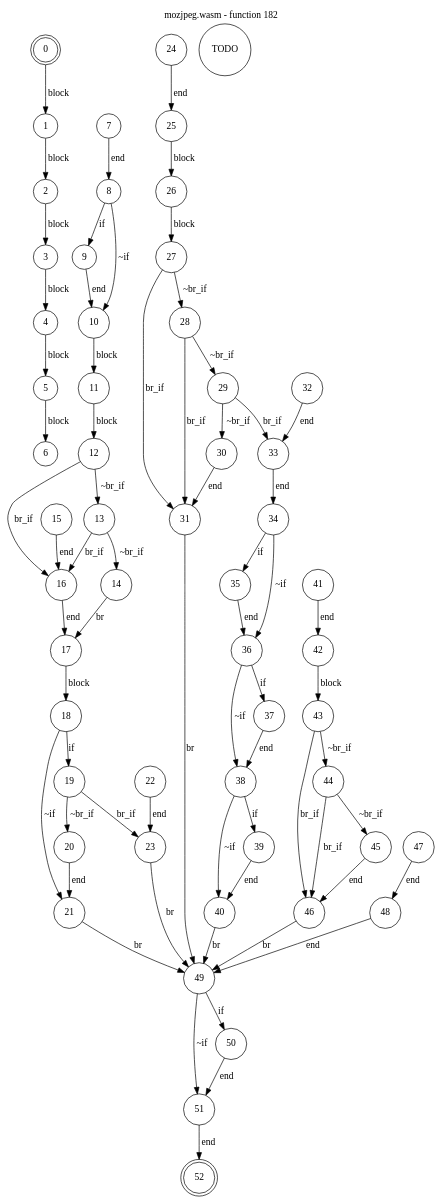
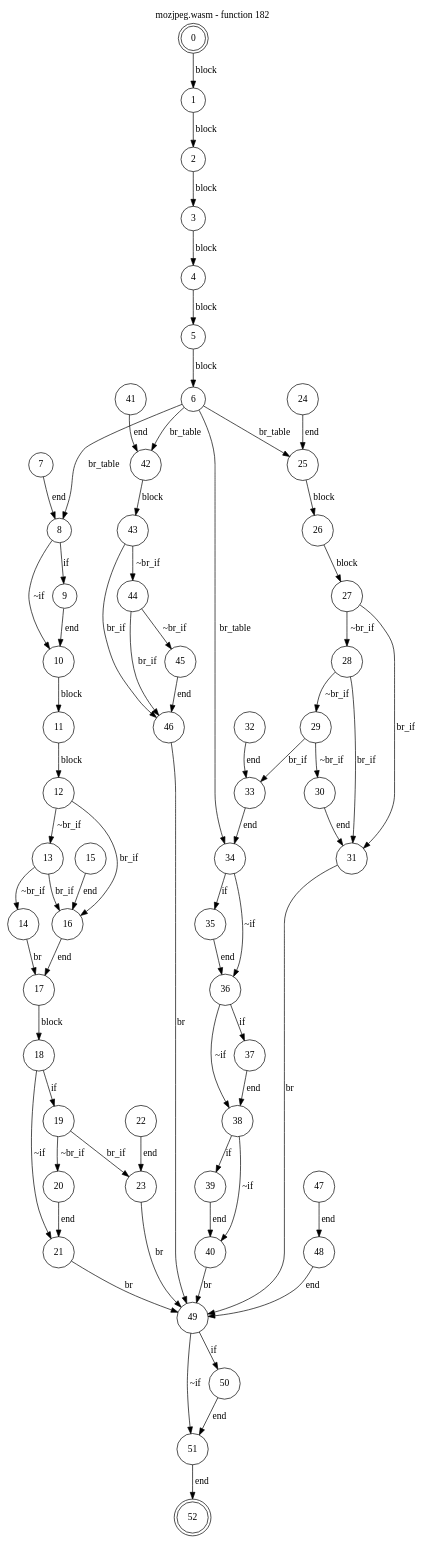
One commit to jsCarleton/wanalyze changed the diagram in test_cases/mozjpeg/funcs/mozjpeg-func182.dot. Above: the diagram before and after it, drawn with Graphviz. The commit also changed 723 other files, not shown here.

Commit message:
br_table now implemented for flow graph

```diff
--- a/test_cases/mozjpeg/funcs/mozjpeg-func182.dot
+++ b/test_cases/mozjpeg/funcs/mozjpeg-func182.dot
@@ -1,75 +1,78 @@
 digraph finite_state_machine {
     label = "mozjpeg.wasm - function 182"
     labelloc =  t
     labelfontsize = 16
     labelfontcolor = black
     labelfontname = "Helvetica"
     node [shape = doublecircle]; 0 52;
     node [shape = circle];
     0 -> 1[label = "block"];
     1 -> 2[label = "block"];
     2 -> 3[label = "block"];
     3 -> 4[label = "block"];
     4 -> 5[label = "block"];
     5 -> 6[label = "block"];
-TODO
+    6 -> 42[label = "br_table"];
+    6 -> 34[label = "br_table"];
+    6 -> 25[label = "br_table"];
+    6 -> 8[label = "br_table"];
     7 -> 8[label = "end"];
     8 -> 9[label = "if"];
     8 -> 10[label = "~if"];
     9 -> 10[label = "end"];
     10 -> 11[label = "block"];
     11 -> 12[label = "block"];
     12 -> 13[label = "~br_if"];
     12 -> 16[label = "br_if"];
     13 -> 14[label = "~br_if"];
     13 -> 16[label = "br_if"];
     14 -> 17[label = "br"];
     15 -> 16[label = "end"];
     16 -> 17[label = "end"];
     17 -> 18[label = "block"];
     18 -> 19[label = "if"];
     18 -> 21[label = "~if"];
     19 -> 20[label = "~br_if"];
     19 -> 23[label = "br_if"];
     20 -> 21[label = "end"];
     21 -> 49[label = "br"];
     22 -> 23[label = "end"];
     23 -> 49[label = "br"];
     24 -> 25[label = "end"];
     25 -> 26[label = "block"];
     26 -> 27[label = "block"];
     27 -> 28[label = "~br_if"];
     27 -> 31[label = "br_if"];
     28 -> 29[label = "~br_if"];
     28 -> 31[label = "br_if"];
     29 -> 30[label = "~br_if"];
     29 -> 33[label = "br_if"];
     30 -> 31[label = "end"];
     31 -> 49[label = "br"];
     32 -> 33[label = "end"];
     33 -> 34[label = "end"];
     34 -> 35[label = "if"];
     34 -> 36[label = "~if"];
     35 -> 36[label = "end"];
     36 -> 37[label = "if"];
     36 -> 38[label = "~if"];
     37 -> 38[label = "end"];
     38 -> 39[label = "if"];
     38 -> 40[label = "~if"];
     39 -> 40[label = "end"];
     40 -> 49[label = "br"];
     41 -> 42[label = "end"];
     42 -> 43[label = "block"];
     43 -> 44[label = "~br_if"];
     43 -> 46[label = "br_if"];
     44 -> 45[label = "~br_if"];
     44 -> 46[label = "br_if"];
     45 -> 46[label = "end"];
     46 -> 49[label = "br"];
     47 -> 48[label = "end"];
     48 -> 49[label = "end"];
     49 -> 50[label = "if"];
     49 -> 51[label = "~if"];
     50 -> 51[label = "end"];
     51 -> 52[label = "end"];
 }
```
